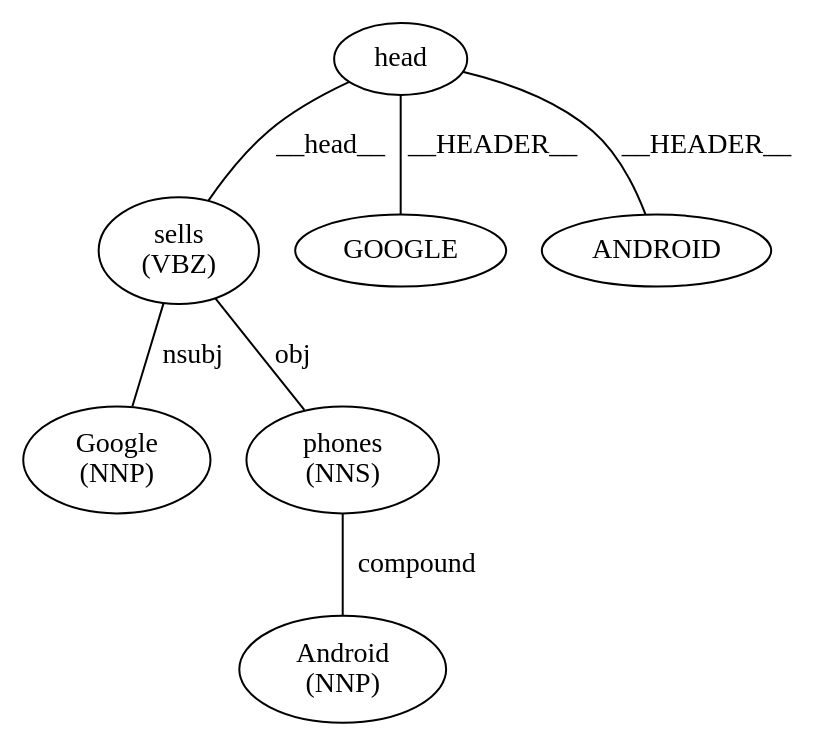
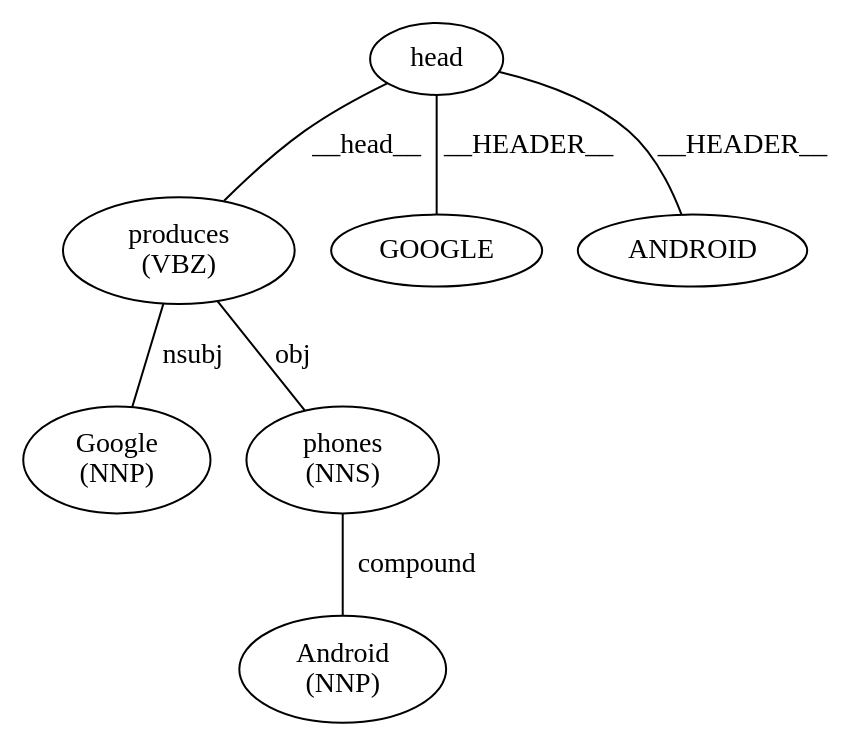
The diagram in result.dot (Mahershi/KG_NL), drawn with Graphviz before and after one commit. The commit also changed 5 other files, not shown here.

```diff
--- a/result.dot
+++ b/result.dot
@@ -1,15 +1,15 @@
 strict graph  {
 0 [label=head, type=reg_node];
-1 [label="sells\n(VBZ)", type=reg_node];
+1 [label="produces\n(VBZ)", type=reg_node];
 2 [label=GOOGLE, type=head_node];
 3 [label="Google\n(NNP)", type=reg_node];
 4 [label="phones\n(NNS)", type=reg_node];
 5 [label=ANDROID, type=head_node];
 6 [label="Android\n(NNP)", type=reg_node];
 0 -- 1  [label=__head__];
 0 -- 2  [label=__HEADER__];
 0 -- 5  [label=__HEADER__];
 1 -- 3  [label=nsubj];
 1 -- 4  [label=obj];
 4 -- 6  [label=compound];
 }
```
